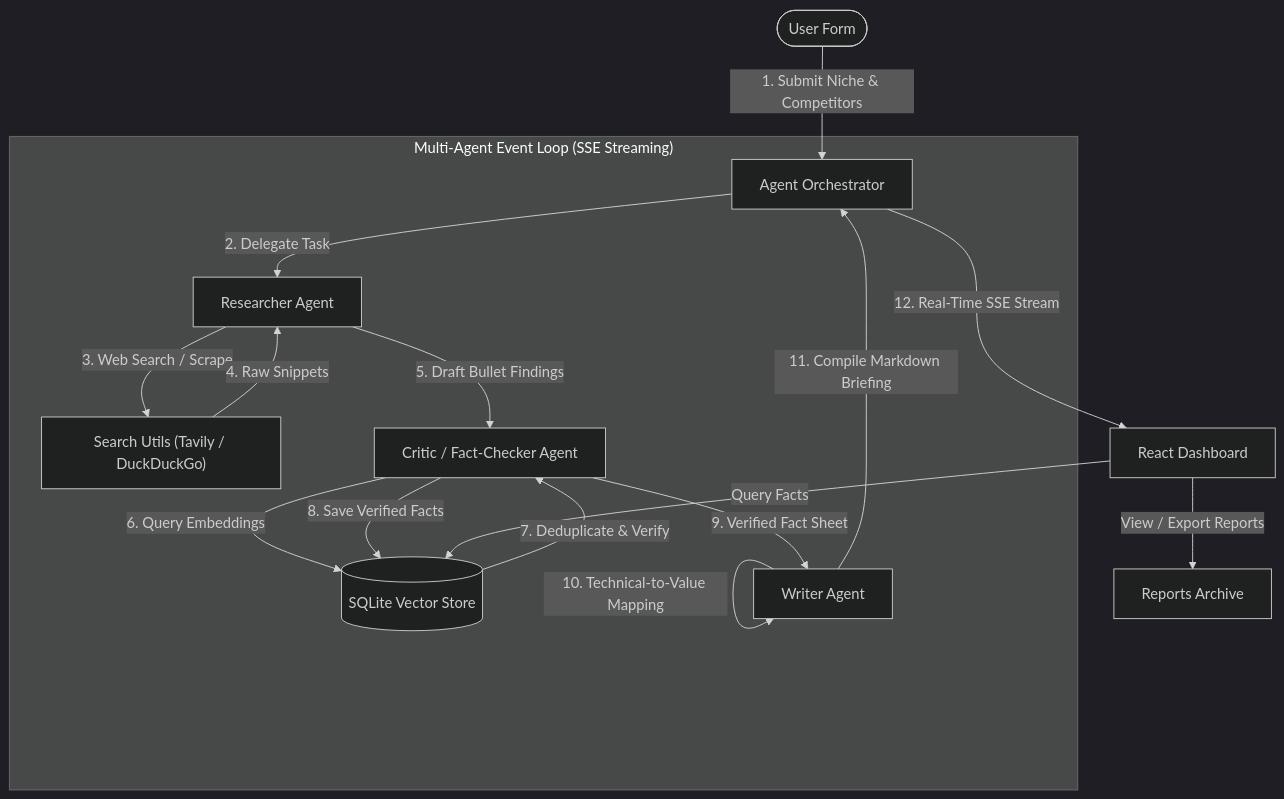
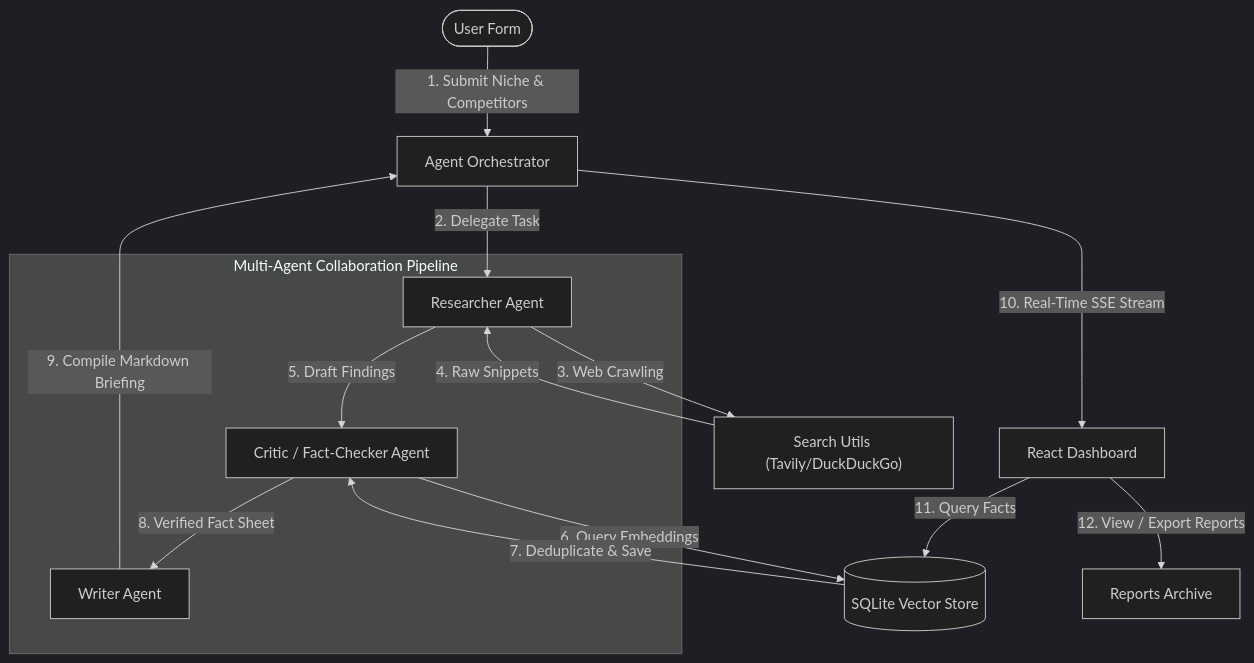
Before and after one commit to vikrammaditya/multi-agent-competitive-intelligence: the diagram in README.md, drawn with Mermaid (dark theme).

Commit message:
Optimize Mermaid flowchart structure to prevent distortions

````diff
--- a/README.md
+++ b/README.md
@@ -11,23 +11,23 @@
 ```mermaid
 graph TD
     User(["User Form"]) -->|1. Submit Niche & Competitors| Orchestrator["Agent Orchestrator"]
     
-    subgraph loop ["Multi-Agent Event Loop (SSE Streaming)"]
-        Orchestrator -->|2. Delegate Task| Researcher["Researcher Agent"]
-        Researcher -->|3. Web Search / Scrape| SearchTool["Search Utils (Tavily / DuckDuckGo)"]
-        SearchTool -->|4. Raw Snippets| Researcher
-        Researcher -->|5. Draft Bullet Findings| Critic["Critic / Fact-Checker Agent"]
-        
-        Critic -->|6. Query Embeddings| VectorStore[("SQLite Vector Store")]
-        VectorStore -->|7. Deduplicate & Verify| Critic
-        Critic -->|8. Save Verified Facts| VectorStore
-        Critic -->|9. Verified Fact Sheet| Writer["Writer Agent"]
-        
-        Writer -->|10. Technical-to-Value Mapping| Writer
-        Writer -->|11. Compile Markdown Briefing| Orchestrator
+    Orchestrator -->|2. Delegate Task| Researcher["Researcher Agent"]
+    
+    subgraph pipeline ["Multi-Agent Collaboration Pipeline"]
+        Researcher -->|5. Draft Findings| Critic["Critic / Fact-Checker Agent"]
+        Critic -->|8. Verified Fact Sheet| Writer["Writer Agent"]
     end
     
-    Orchestrator -->|12. Real-Time SSE Stream| Frontend["React Dashboard"]
-    Frontend -->|Query Facts| VectorStore
-    Frontend -->|View / Export Reports| ReportsFolder["Reports Archive"]
+    Researcher -->|3. Web Crawling| SearchTool["Search Utils (Tavily/DuckDuckGo)"]
+    SearchTool -->|4. Raw Snippets| Researcher
+    
+    Critic -->|6. Query Embeddings| VectorStore[("SQLite Vector Store")]
+    VectorStore -->|7. Deduplicate & Save| Critic
+    
+    Writer -->|9. Compile Markdown Briefing| Orchestrator
+    
+    Orchestrator -->|10. Real-Time SSE Stream| Frontend["React Dashboard"]
+    Frontend -->|11. Query Facts| VectorStore
+    Frontend -->|12. View / Export Reports| ReportsFolder["Reports Archive"]
 ```
````
